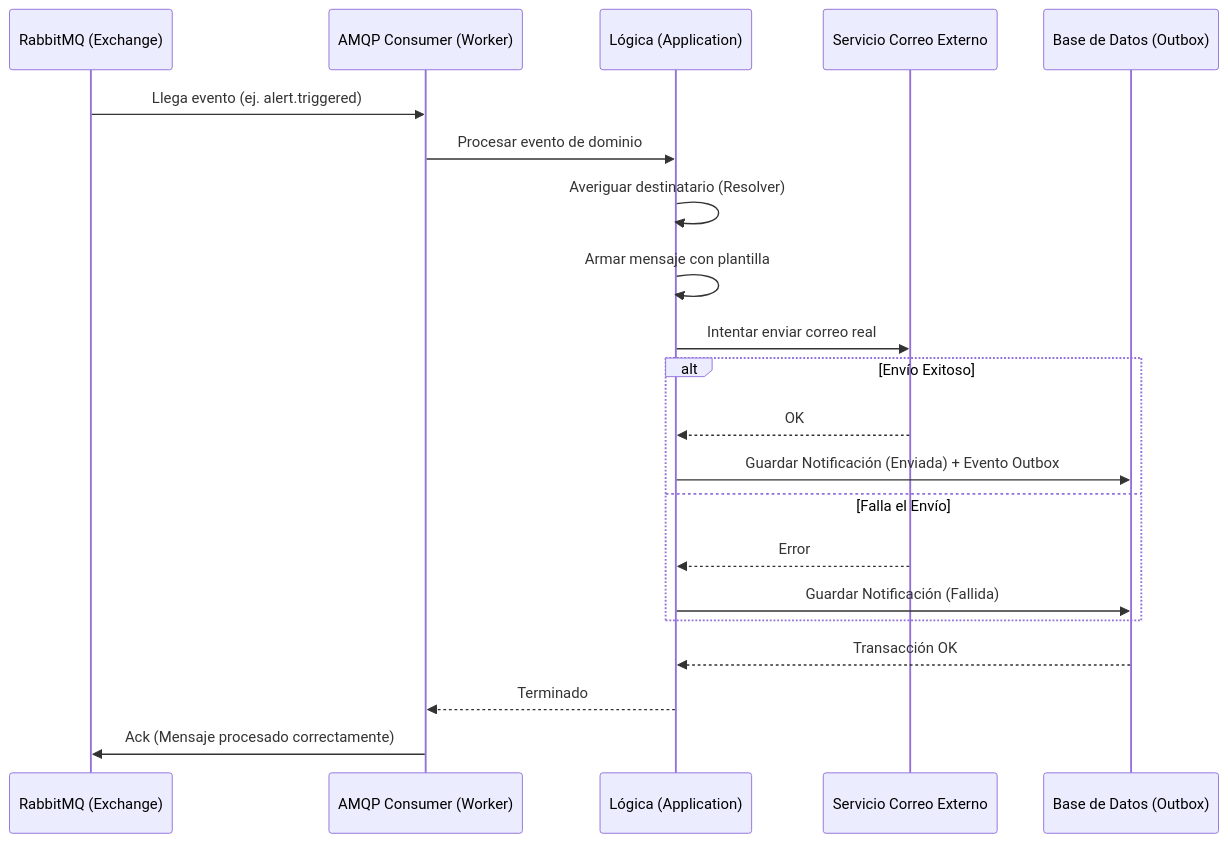
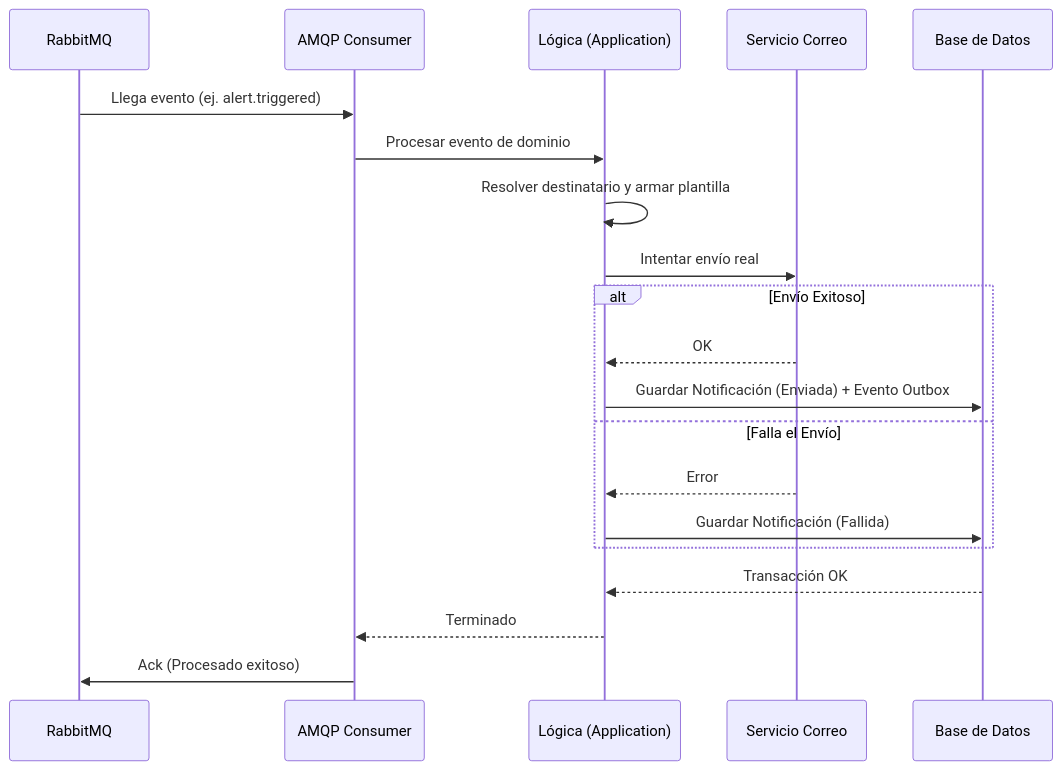
Before and after one commit to Entregables-Jesus-Ariel/evidencias-notification-service: the diagram in tasks-vanessaperdomo/HU-NOTIF-002.md, drawn with Mermaid. The commit also changed other lines of this file and 6 other files, not shown here.

````diff
--- a/tasks-vanessaperdomo/HU-NOTIF-002.md
+++ b/tasks-vanessaperdomo/HU-NOTIF-002.md
@@ -19,28 +15,25 @@
 ```mermaid
 sequenceDiagram
-    participant RabbitMQ as RabbitMQ (Exchange)
-    participant Worker as AMQP Consumer (Worker)
+    participant RabbitMQ
+    participant Worker as AMQP Consumer
     participant CasoDeUso as Lógica (Application)
-    participant Notifier as Servicio Correo Externo
-    participant BD as Base de Datos (Outbox)
+    participant Notifier as Servicio Correo
+    participant BD as Base de Datos
 
     RabbitMQ->>Worker: Llega evento (ej. alert.triggered)
     Worker->>CasoDeUso: Procesar evento de dominio
-    
-    CasoDeUso->>CasoDeUso: Averiguar destinatario (Resolver)
-    CasoDeUso->>CasoDeUso: Armar mensaje con plantilla
-    
-    CasoDeUso->>Notifier: Intentar enviar correo real
+    CasoDeUso->>CasoDeUso: Resolver destinatario y armar plantilla
+    CasoDeUso->>Notifier: Intentar envío real
     
     alt Envío Exitoso
         Notifier-->>CasoDeUso: OK
         CasoDeUso->>BD: Guardar Notificación (Enviada) + Evento Outbox
     else Falla el Envío
         Notifier-->>CasoDeUso: Error
         CasoDeUso->>BD: Guardar Notificación (Fallida)
     end
     
     BD-->>CasoDeUso: Transacción OK
     CasoDeUso-->>Worker: Terminado
-    Worker->>RabbitMQ: Ack (Mensaje procesado correctamente)
+    Worker->>RabbitMQ: Ack (Procesado exitoso)
 ```
````
